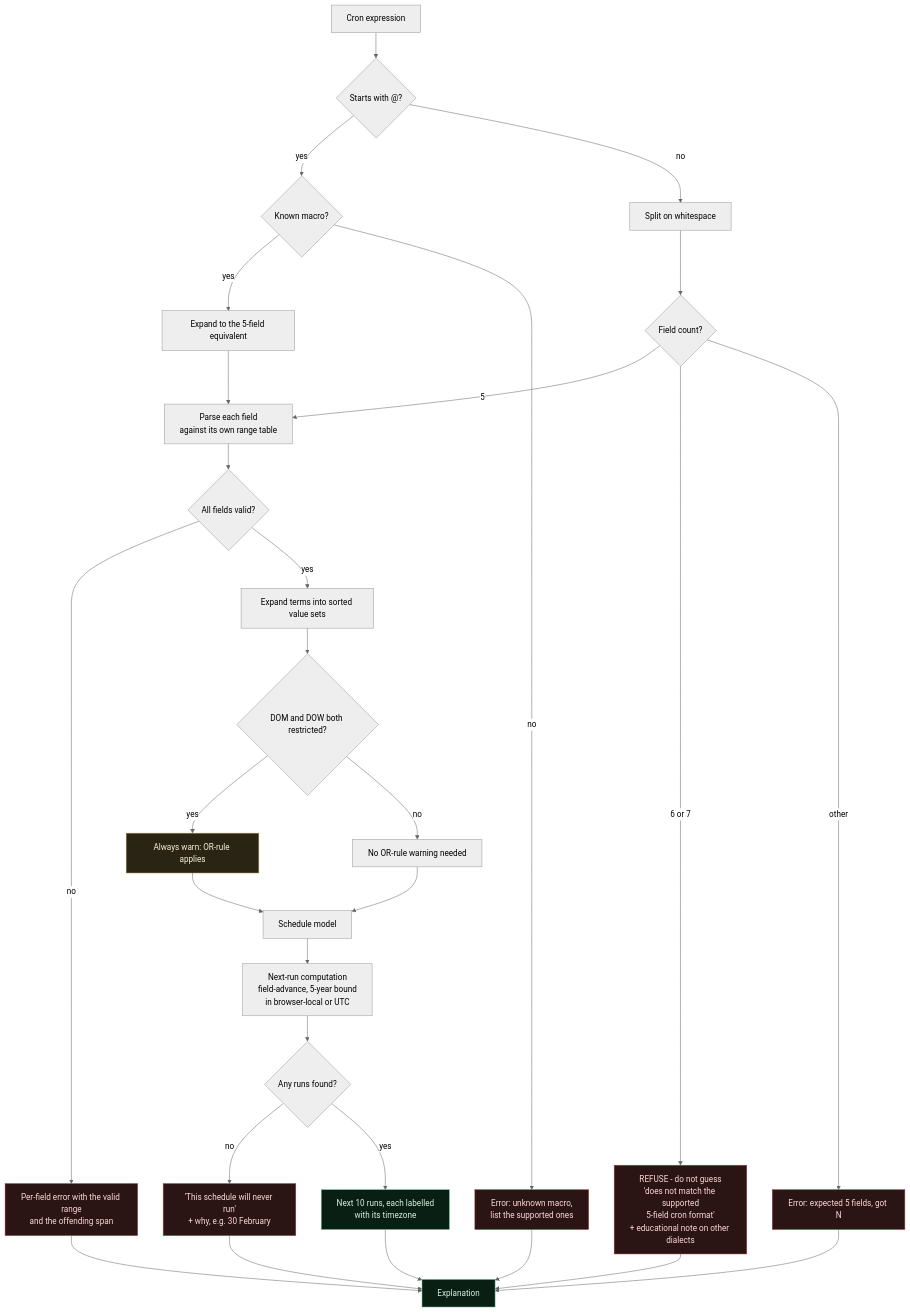
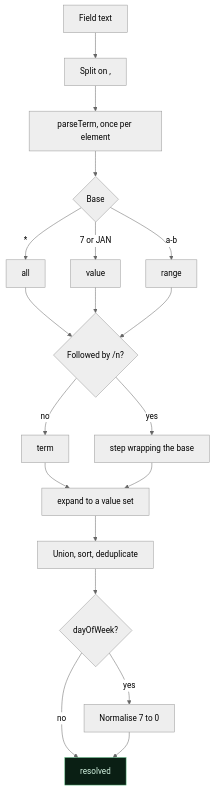
One commit to theunknown107/syntaxlab changed diagram 12 of 15 in docs/04_PARSER_ARCHITECTURE.md. Above: the diagram before and after it, drawn with Mermaid (neutral theme). The commit also changed other lines of this file and 16 other files, not shown here.

First line of the commit message:
docs(cron): synchronize V1.1 architecture with what M14 actually built

````diff
--- a/docs/04_PARSER_ARCHITECTURE.md
+++ b/docs/04_PARSER_ARCHITECTURE.md
@@ -639,40 +714,24 @@
 ```mermaid
 flowchart TD
-    A["Cron expression"] --> B{"Starts with @?"}
-    B -->|yes| B1{"Known macro?"}
-    B1 -->|yes| B2["Expand to the 5-field equivalent"]
-    B1 -->|no| B3["Error: unknown macro,<br/>list the supported ones"]
-    B -->|no| C["Split on whitespace"]
-    C --> D{"Field count?"}
+    A["Field text"] --> B["Split on ,"]
+    B --> C["parseTerm, once per element"]
+    C --> D{"Base"}
+    D -->|"*"| E["all"]
+    D -->|"7 or JAN"| F["value"]
+    D -->|"a-b"| G["range"]
+    E --> H{"Followed by /n?"}
+    F --> H
+    G --> H
+    H -->|no| I["term"]
+    H -->|yes| J["step wrapping the base"]
+    I --> K["expand to a value set"]
+    J --> K
+    K --> L["Union, sort, deduplicate"]
+    L --> M{"dayOfWeek?"}
+    M -->|yes| N["Normalise 7 to 0"]
+    M -->|no| O["resolved"]
+    N --> O
 
-    D -->|"5"| E["Parse each field<br/>against its own range table"]
-    D -->|"6 or 7"| F["REFUSE - do not guess<br/>'does not match the supported<br/>5-field cron format'<br/>+ educational note on other dialects"]
-    D -->|"other"| G["Error: expected 5 fields, got N"]
-
-    B2 --> E
-    E --> H{"All fields valid?"}
-    H -->|no| I["Per-field error with the valid range<br/>and the offending span"]
-    H -->|yes| J["Expand terms into sorted value sets"]
-    J --> K{"DOM and DOW both restricted?"}
-    K -->|yes| L["Always warn: OR-rule applies"]
-    K -->|no| M["No OR-rule warning needed"]
-    L --> N
-    M --> N["Schedule model"]
-    N --> O["Next-run computation<br/>field-advance, 5-year bound<br/>in browser-local or UTC"]
-    O --> P{"Any runs found?"}
-    P -->|no| Q["'This schedule will never run'<br/>+ why, e.g. 30 February"]
-    P -->|yes| R["Next 10 runs, each labelled<br/>with its timezone"]
-    Q --> S["Explanation"]
-    R --> S
-    I --> S
-    F --> S
-    G --> S
-    B3 --> S
-
-    classDef refuse fill:#2a1414,stroke:#a04040,color:#ffd9d9
-    classDef warn fill:#2a2414,stroke:#a08040,color:#fff0d9
     classDef safe fill:#0a1f14,stroke:#5fbf85,color:#d4f5e2
-    class F,B3,G,I,Q refuse
-    class L warn
-    class R,S safe
+    class O safe
 ```
````
